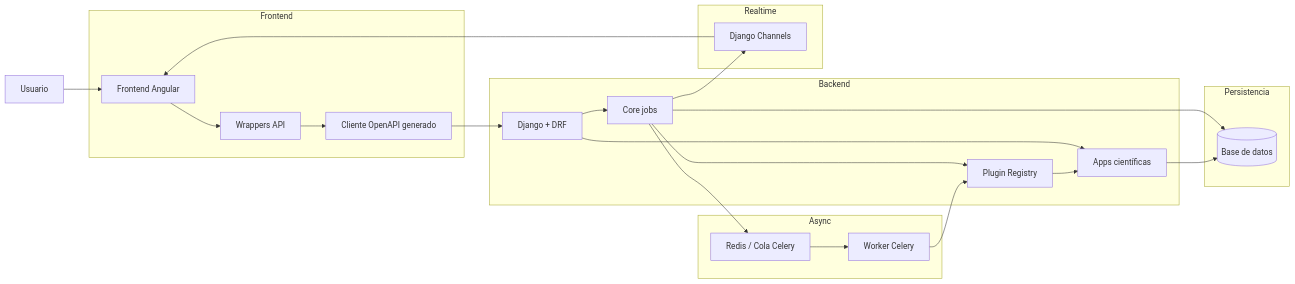
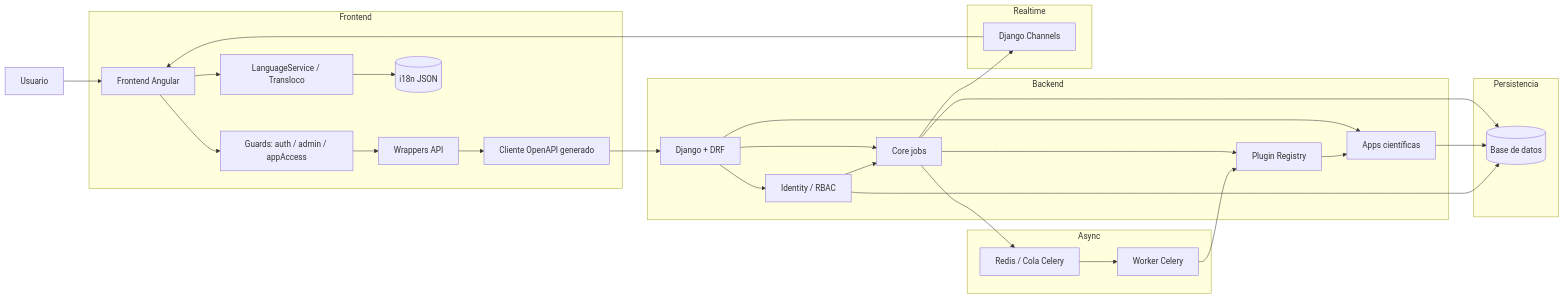
Before and after one commit to chem-gl/chemistry-apps: the first of 6 diagrams in README.md, drawn with Mermaid. The commit also changed other lines of this file and 159 other files, not shown here.

````diff
--- a/README.md
+++ b/README.md
@@ -98,34 +113,40 @@
 ```mermaid
 flowchart LR
   U[Usuario] --> F[Frontend Angular]
 
   subgraph Frontend
-    F --> W[Wrappers API]
+    F --> AUTH[Guards: auth / admin / appAccess]
+    AUTH --> W[Wrappers API]
     W --> GEN[Cliente OpenAPI generado]
+    F --> I18N[LanguageService / Transloco]
+    I18N --> LANG[(i18n JSON)]
   end
 
   GEN --> B
 
   subgraph Backend
     B[Django + DRF] --> CORE[Core jobs]
+    B --> IDENTITY[Identity / RBAC]
     B --> APPS[Apps científicas]
     CORE --> PLUGINS[Plugin Registry]
     PLUGINS --> APPS
+    IDENTITY --> CORE
   end
 
   subgraph Async
     CORE --> Q[Redis / Cola Celery]
     Q --> WK[Worker Celery]
     WK --> PLUGINS
   end
 
   subgraph Persistencia
     CORE --> DB[(Base de datos)]
     APPS --> DB
+    IDENTITY --> DB
   end
 
   subgraph Realtime
     CORE --> WS[Django Channels]
     WS --> F
   end
 ```
````
